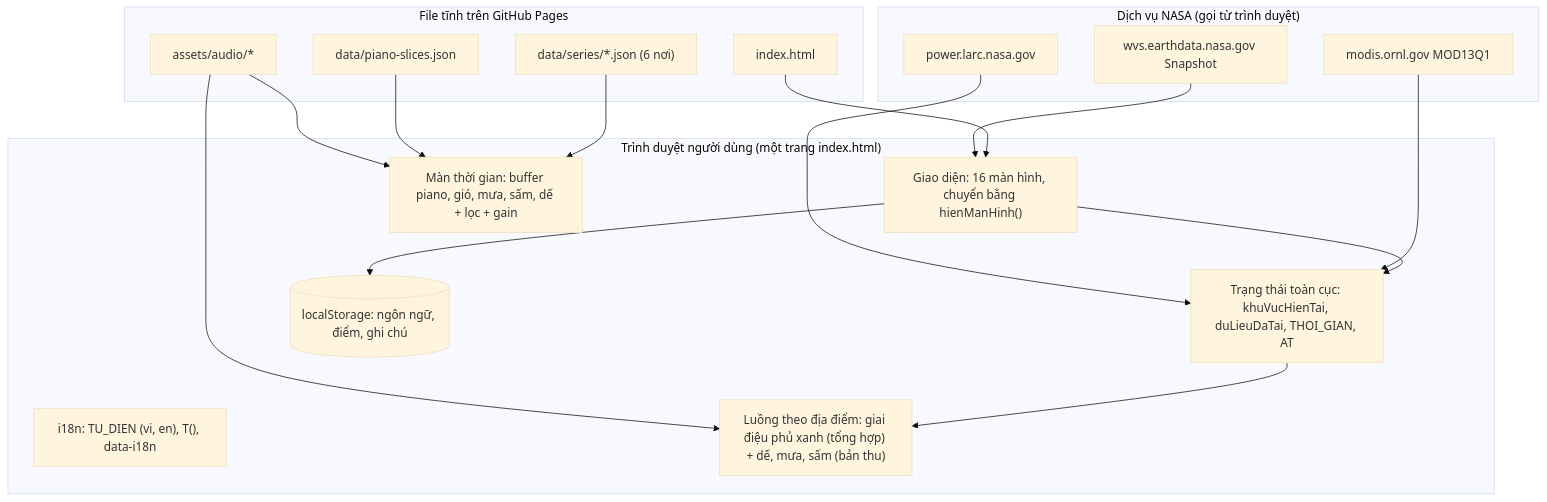
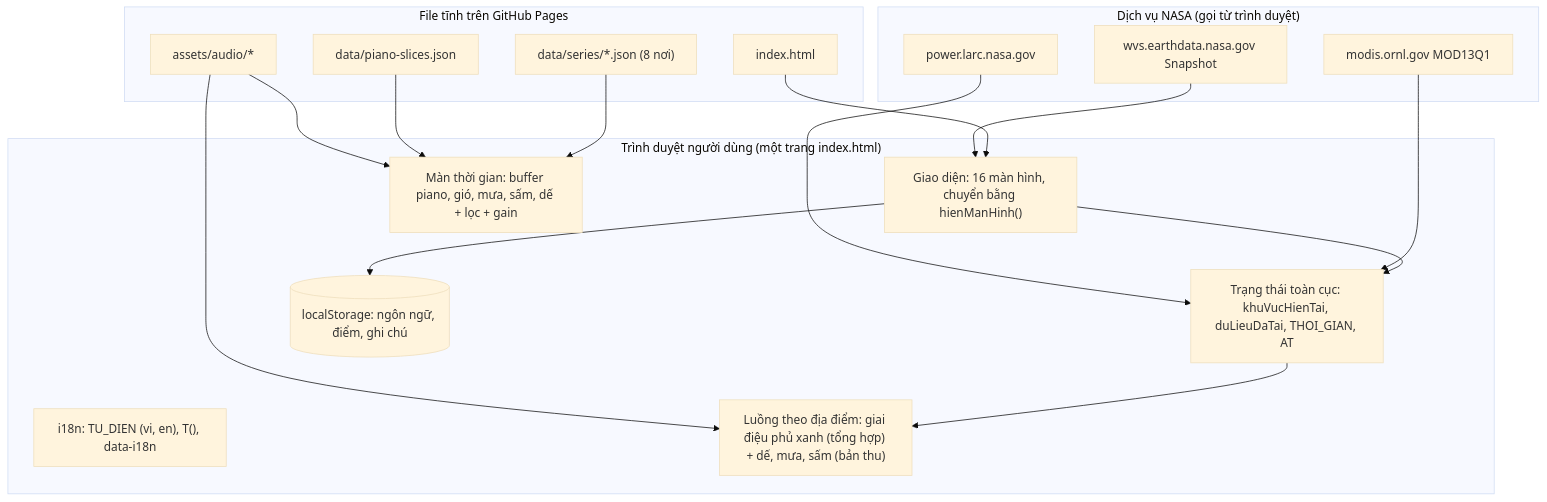
Before and after one commit to Mlink1415/green-corner: the first of 2 diagrams in TECHNICAL.md, drawn with Mermaid (base theme). The commit also changed other lines of this file and 10 other files, not shown here.

````diff
--- a/TECHNICAL.md
+++ b/TECHNICAL.md
@@ -32,33 +32,33 @@
 ```mermaid
 flowchart TB
   subgraph Browser["Trình duyệt người dùng (một trang index.html)"]
     UI["Giao diện: 16 màn hình, chuyển bằng hienManHinh()"]
     I18N["i18n: TU_DIEN (vi, en), T(), data-i18n"]
     STATE["Trạng thái toàn cục: khuVucHienTai, duLieuDaTai, THOI_GIAN, AT"]
     AUDIO_A["Luồng theo địa điểm: giai điệu phủ xanh (tổng hợp) + dế, mưa, sấm (bản thu)"]
     AUDIO_B["Màn thời gian: buffer piano, gió, mưa, sấm, dế + lọc + gain"]
     LS[("localStorage: ngôn ngữ, điểm, ghi chú")]
   end
   subgraph Static["File tĩnh trên GitHub Pages"]
     HTML["index.html"]
-    SER["data/series/*.json (6 nơi)"]
+    SER["data/series/*.json (8 nơi)"]
     PS["data/piano-slices.json"]
     WAV["assets/audio/*"]
   end
   subgraph NASA["Dịch vụ NASA (gọi từ trình duyệt)"]
     MODIS["modis.ornl.gov MOD13Q1"]
     POWER["power.larc.nasa.gov"]
     WV["wvs.earthdata.nasa.gov Snapshot"]
   end
   HTML --> UI
   UI --> STATE
   STATE --> AUDIO_A
   SER --> AUDIO_B
   PS --> AUDIO_B
   WAV --> AUDIO_B
   WAV --> AUDIO_A
   MODIS --> STATE
   POWER --> STATE
   WV --> UI
   UI --> LS
 ```
````
